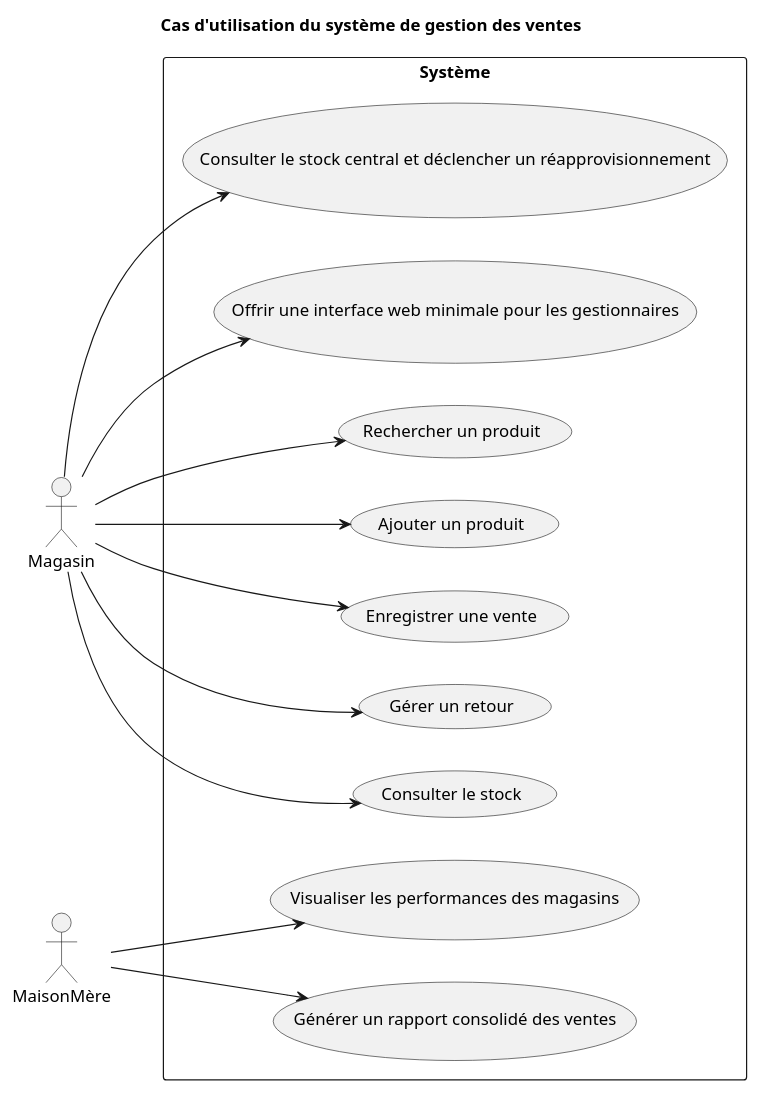
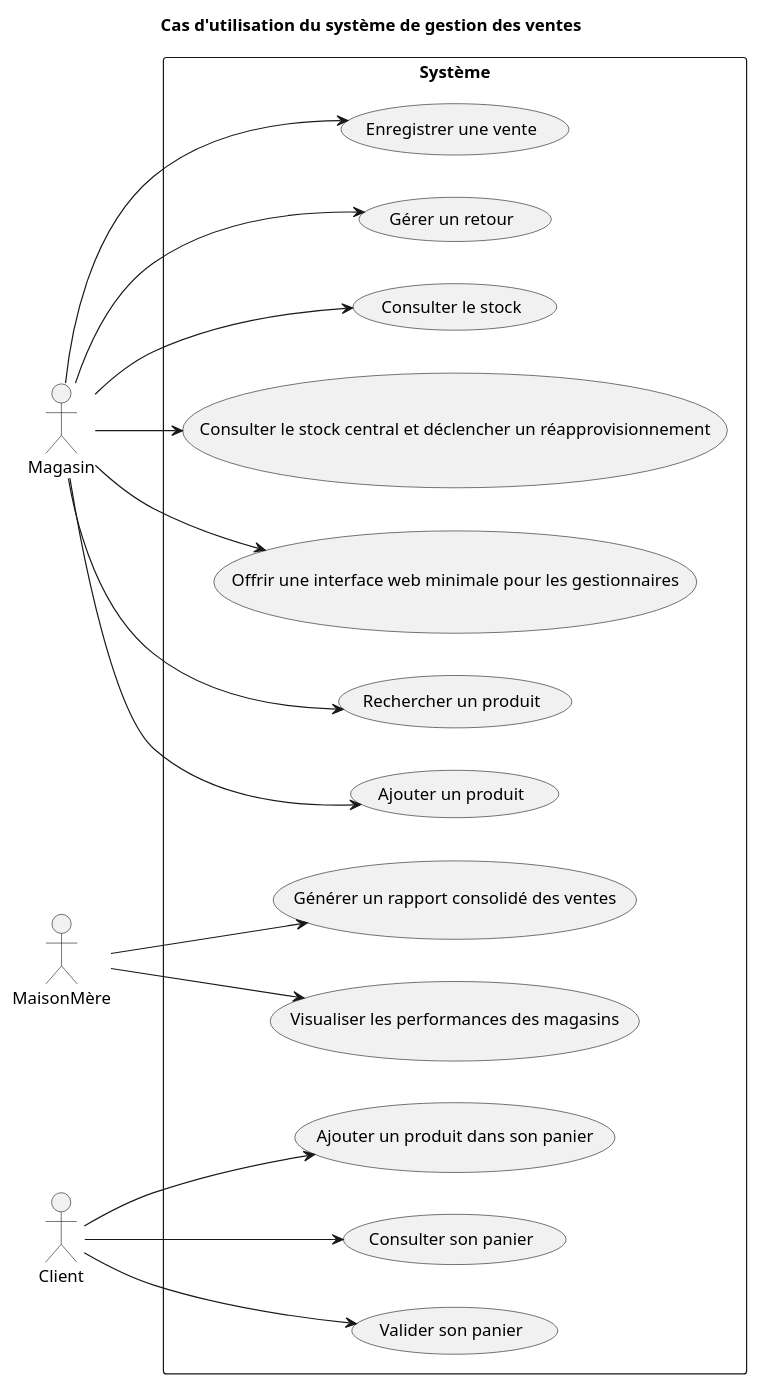
One commit to RaphaelMailhiot/LOG430-labo changed the diagram in docs/use-case/use-case.puml. Above: the diagram before and after it, drawn with PlantUML. The commit also changed 22 other files, not shown here.

```diff
--- a/docs/use-case/use-case.puml
+++ b/docs/use-case/use-case.puml
@@ -1,31 +1,38 @@
 @startuml
 
 left to right direction
 
 title Cas d'utilisation du système de gestion des ventes
 actor Magasin as M
 actor MaisonMère as MM
+actor Client as C
 
 rectangle "Système" {
     usecase "Rechercher un produit"                         as RP
     usecase "Ajouter un produit"                            as AP
     usecase "Enregistrer une vente"                         as EV
     usecase "Gérer un retour"                               as GR
     usecase "Consulter le stock"                            as CS
     usecase "Générer un rapport consolidé des ventes"       as GRV
     usecase "Consulter le stock central et déclencher un réapprovisionnement" as CR
     usecase "Visualiser les performances des magasins"      as VPM
     usecase "Offrir une interface web minimale pour les gestionnaires"        as IW
+    usecase "Ajouter un produit dans son panier"        as APC
+    usecase "Consulter son panier"        as CP
+    usecase "Valider son panier"        as VP
 }
 
 M --> RP
 M --> AP
 M --> EV
 M --> GR
 M --> CS
 MM --> GRV
 M --> CR
 MM --> VPM
 M --> IW
+C --> APC
+C --> CP
+C --> VP
 
 @enduml
```
